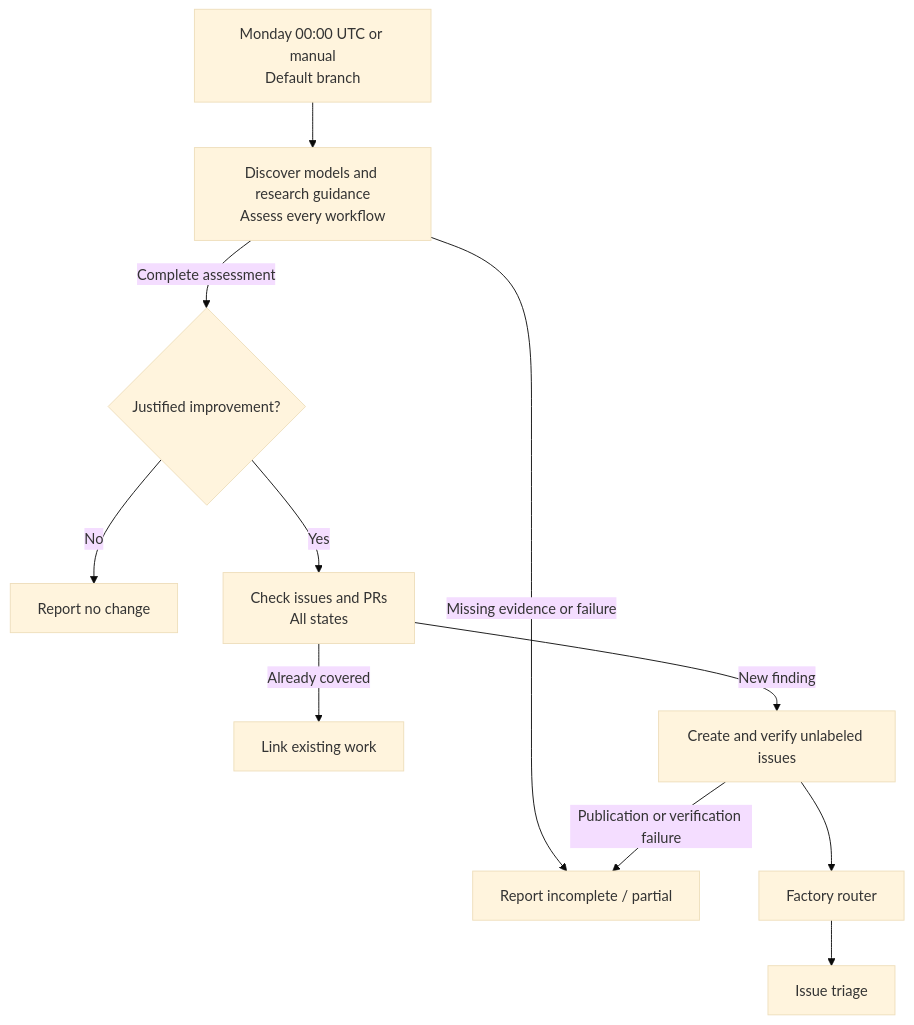
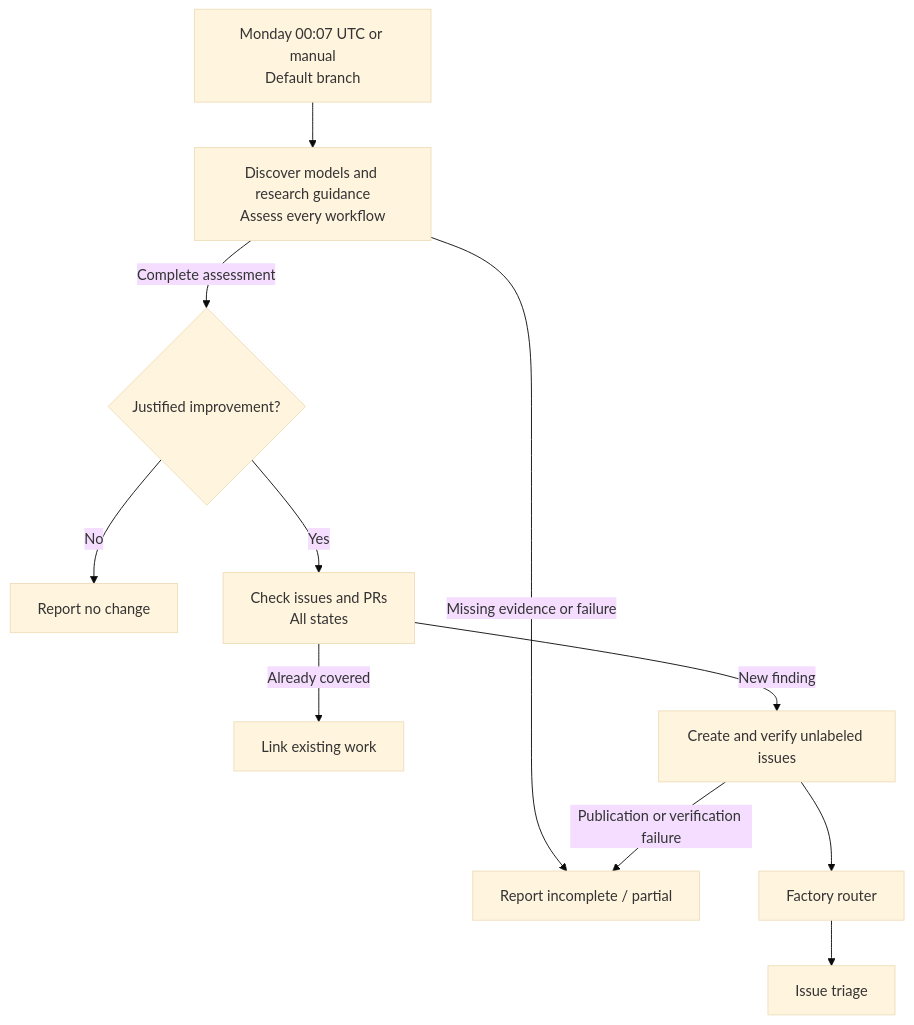
Before and after one commit to VasiliyNovikov/Factory: the fourth of 4 diagrams in README.md, drawn with Mermaid (base theme). The commit also changed other lines of this file and 6 other files, not shown here.

````diff
--- a/README.md
+++ b/README.md
@@ -108,12 +108,12 @@
 ```mermaid
 flowchart TD
-    trigger["Monday 00:00 UTC or manual<br/>Default branch"] --> assess["Discover models and research guidance<br/>Assess every workflow"]
+    trigger["Monday 00:07 UTC or manual<br/>Default branch"] --> assess["Discover models and research guidance<br/>Assess every workflow"]
     assess -->|Complete assessment| findings{"Justified improvement?"}
     assess -->|Missing evidence or failure| incomplete["Report incomplete / partial"]
     findings -->|No| unchanged["Report no change"]
     findings -->|Yes| duplicates["Check issues and PRs<br/>All states"]
     duplicates -->|Already covered| covered["Link existing work"]
     duplicates -->|New finding| issues["Create and verify unlabeled issues"]
     issues -->|Publication or verification failure| incomplete
     issues --> router["Factory router"] --> triage["Issue triage"]
 ```
````
